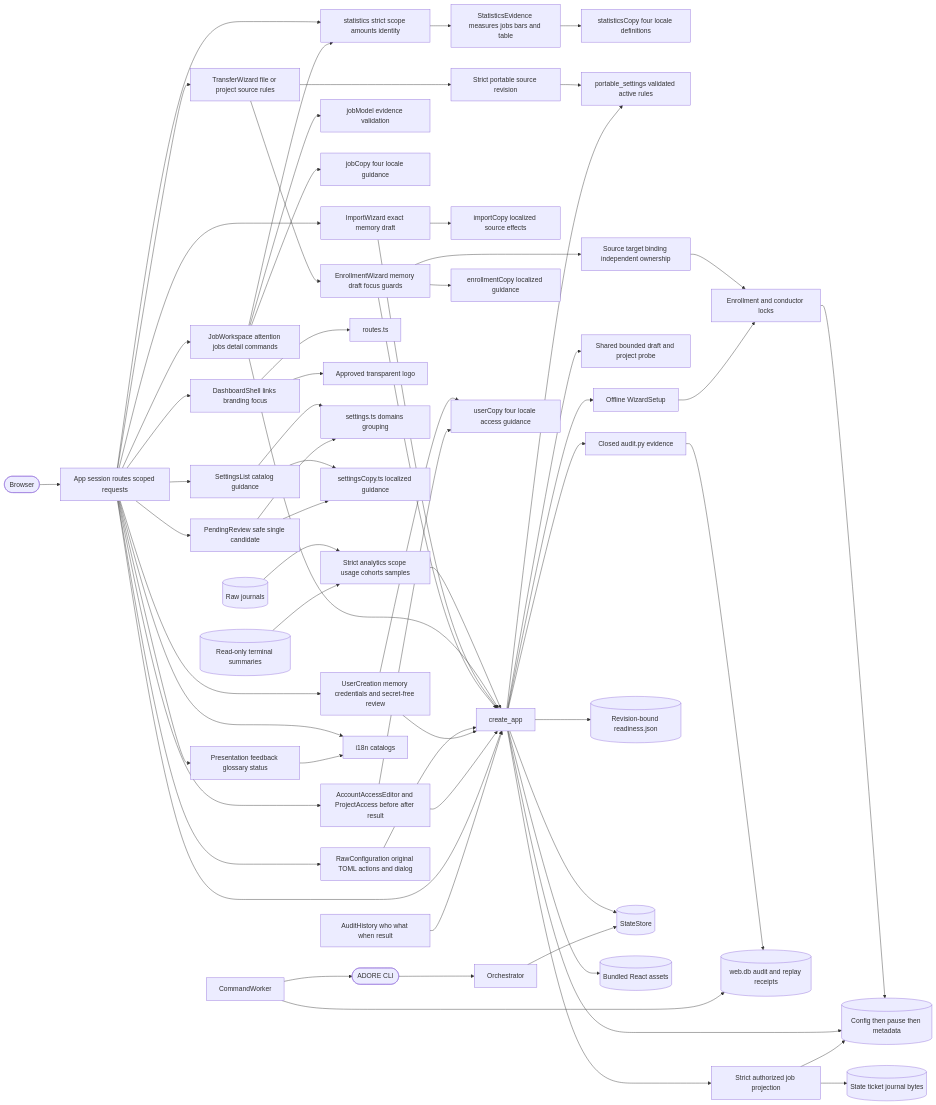
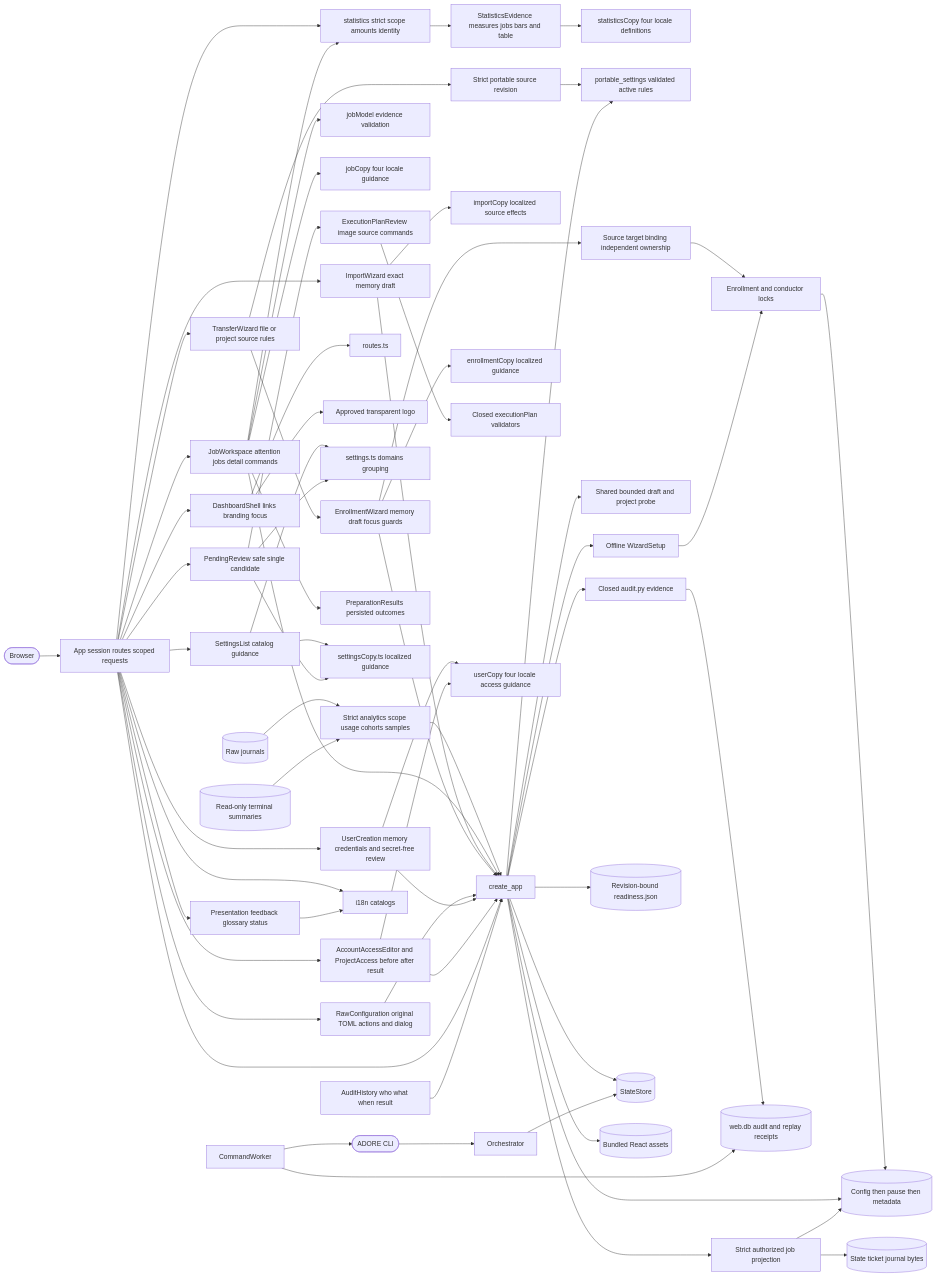
Before and after one commit to DDP-Engineering/AgenticDeliveryOrchestratorRuntimeEngine: the diagram in .agentic/knowledge/web-interface.md, drawn with Mermaid. The commit also changed other lines of this file and 85 other files, not shown here.

First line of the commit message:
feat(execution): add reviewed container preparation (#24)

````diff
--- a/.agentic/knowledge/web-interface.md
+++ b/.agentic/knowledge/web-interface.md
@@ -471,66 +473,69 @@
 ```mermaid
 flowchart LR
     browser([Browser]) --> App[App session routes scoped requests]
     Journals[(Raw journals)] --> Analytics[Strict analytics scope usage cohorts samples]
     Summaries[(Read-only terminal summaries)] --> Analytics
     Analytics --> api
     App --> StatisticsReader[statistics strict scope amounts identity]
     JobWorkspace --> StatisticsReader
     StatisticsReader --> Evidence[StatisticsEvidence measures jobs bars and table]
     Evidence --> StatisticsCopy[statisticsCopy four locale definitions]
     App --> DashboardShell[DashboardShell links branding focus]
     App --> Presentation[Presentation feedback glossary status]
     App --> JobWorkspace[JobWorkspace attention jobs detail commands]
     JobWorkspace --> jobModel[jobModel evidence validation]
     JobWorkspace --> jobCopy[jobCopy four locale guidance]
     JobWorkspace --> api
     App --> ImportWizard[ImportWizard exact memory draft]
     ImportWizard --> importCopy[importCopy localized source effects]
     ImportWizard --> api
     App --> TransferWizard[TransferWizard file or project source rules]
     TransferWizard --> EnrollmentWizard[EnrollmentWizard memory draft focus guards]
     TransferWizard --> transferSource[Strict portable source revision]
     transferSource --> portableSource
     EnrollmentWizard --> transferTarget[Source target binding independent ownership]
     transferTarget --> publication
     EnrollmentWizard --> enrollmentCopy[enrollmentCopy localized guidance]
     EnrollmentWizard --> api
     api --> draftProbe[Shared bounded draft and project probe]
     DashboardShell --> routes[routes.ts]
     DashboardShell --> logo[Approved transparent logo]
     App --> SettingsList[SettingsList catalog guidance]
     App --> PendingReview[PendingReview safe single candidate]
     SettingsList --> settings[settings.ts domains grouping]
+    PendingReview --> ExecutionPlanReview[ExecutionPlanReview image source commands]
+    ExecutionPlanReview --> executionPlan[Closed executionPlan validators]
+    JobWorkspace --> PreparationResults[PreparationResults persisted outcomes]
     PendingReview --> settings
     SettingsList --> settingsCopy[settingsCopy.ts localized guidance]
     PendingReview --> settingsCopy
     App --> RawConfiguration[RawConfiguration original TOML actions and dialog]
     RawConfiguration --> api
     api --> portableSource[portable_settings validated active rules]
     App --> UserCreation[UserCreation memory credentials and secret-free review]
     App --> AccessReview[AccountAccessEditor and ProjectAccess before after result]
     UserCreation --> userCopy[userCopy four locale access guidance]
     AccessReview --> userCopy
     UserCreation --> api
     AccessReview --> api
     App --> i18n[i18n catalogs]
     Presentation --> i18n
     App --> api[create_app]
     api --> audit[Closed audit.py evidence]
     audit --> identity[(web.db audit and replay receipts)]
     AuditHistory[AuditHistory who what when result] --> api
     api --> preparation[Offline WizardSetup]
     preparation --> publication[Enrollment and conductor locks]
     publication --> profiles[(Config then pause then metadata)]
     api --> profiles
     api --> verification[(Revision-bound readiness.json)]
     api --> state[(StateStore)]
     api --> jobs[Strict authorized job projection]
     jobs --> sources[(State ticket journal bytes)]
     jobs --> profiles
     api --> assets[(Bundled React assets)]
     worker[CommandWorker] --> identity
     worker --> cli([ADORE CLI])
     cli --> conductor[Orchestrator]
     conductor --> state
 ```
````
